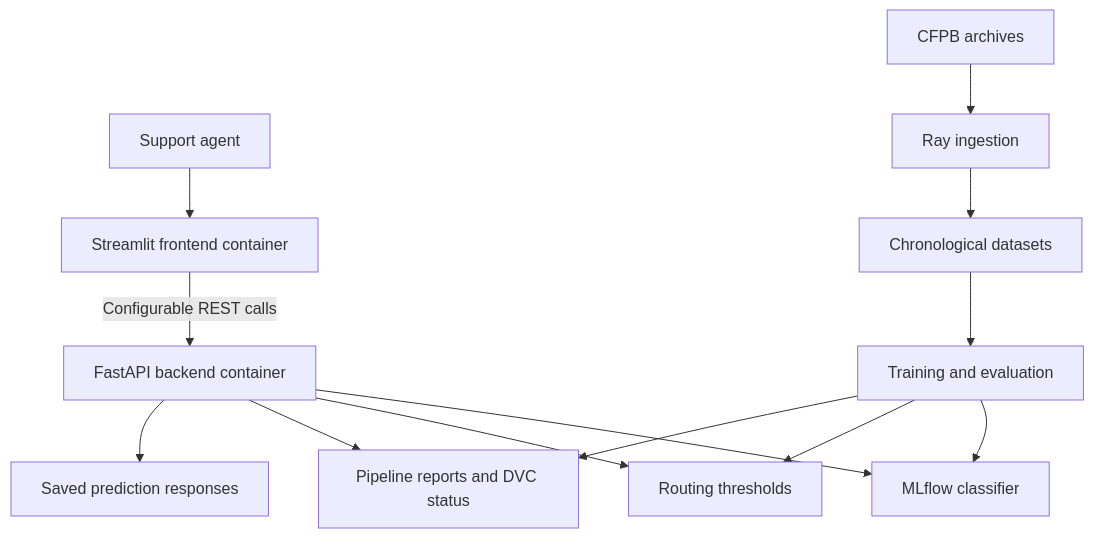
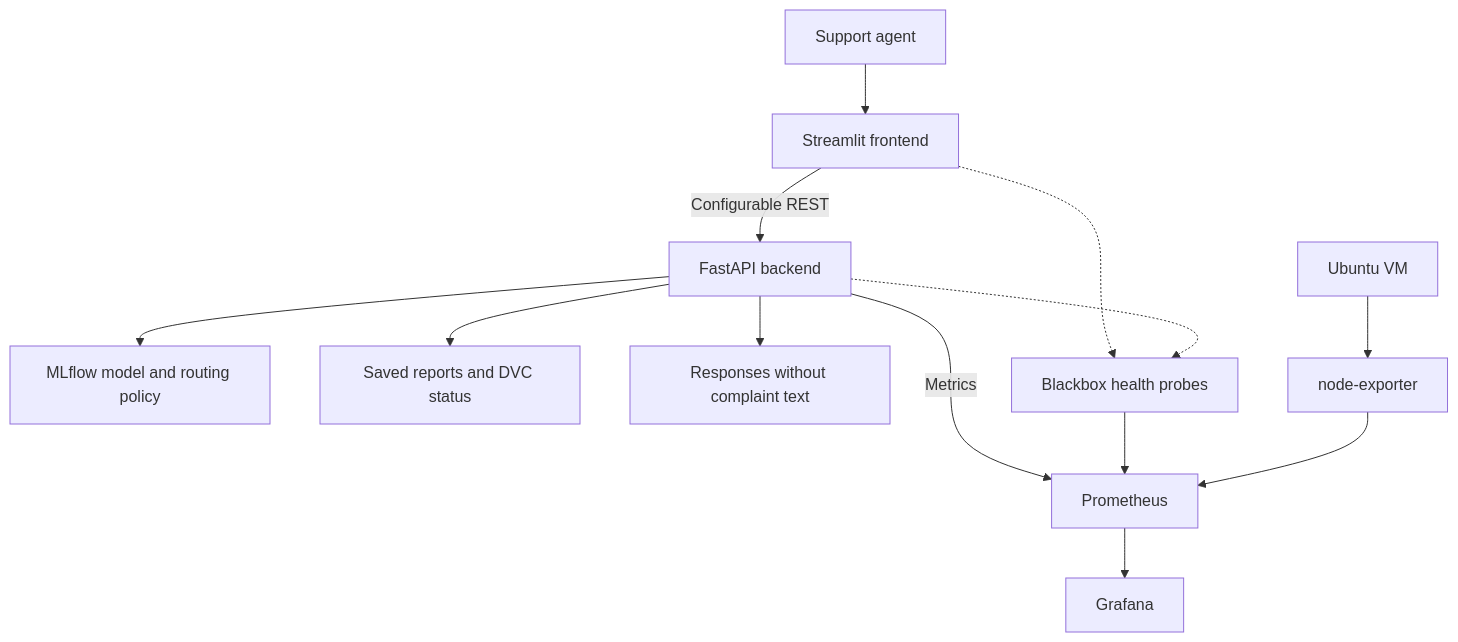
One commit to Ramanagopalkodali/customer-complaint-routing-aiops_Project changed the first of 2 diagrams in docs/architecture.md. Above: the diagram before and after it, drawn with Mermaid. The commit also changed other lines of this file and 17 other files, not shown here.

````diff
--- a/docs/architecture.md
+++ b/docs/architecture.md
@@ -3,15 +12,15 @@
-```mermaid
+~~~mermaid
 flowchart TD
-    User["Support agent"] --> UI["Streamlit frontend container"]
-    UI -->|"Configurable REST calls"| API["FastAPI backend container"]
-    API --> Model["MLflow classifier"]
-    API --> Policy["Routing thresholds"]
-    API --> Reports["Pipeline reports and DVC status"]
-    API --> Results["Saved prediction responses"]
-    ZIP["CFPB archives"] --> Ray["Ray ingestion"]
-    Ray --> Data["Chronological datasets"]
-    Data --> Train["Training and evaluation"]
-    Train --> Model
-    Train --> Policy
-    Train --> Reports
-```
+    Agent["Support agent"] --> UI["Streamlit frontend"]
+    UI -->|"Configurable REST"| API["FastAPI backend"]
+    API --> Bundle["MLflow model and routing policy"]
+    API --> Evidence["Saved reports and DVC status"]
+    API --> Results["Responses without complaint text"]
+    API -->|"Metrics"| Prom["Prometheus"]
+    UI -.-> Probe["Blackbox health probes"]
+    API -.-> Probe
+    Probe --> Prom
+    VM["Ubuntu VM"] --> Node["node-exporter"]
+    Node --> Prom
+    Prom --> Graf["Grafana"]
+~~~
````
